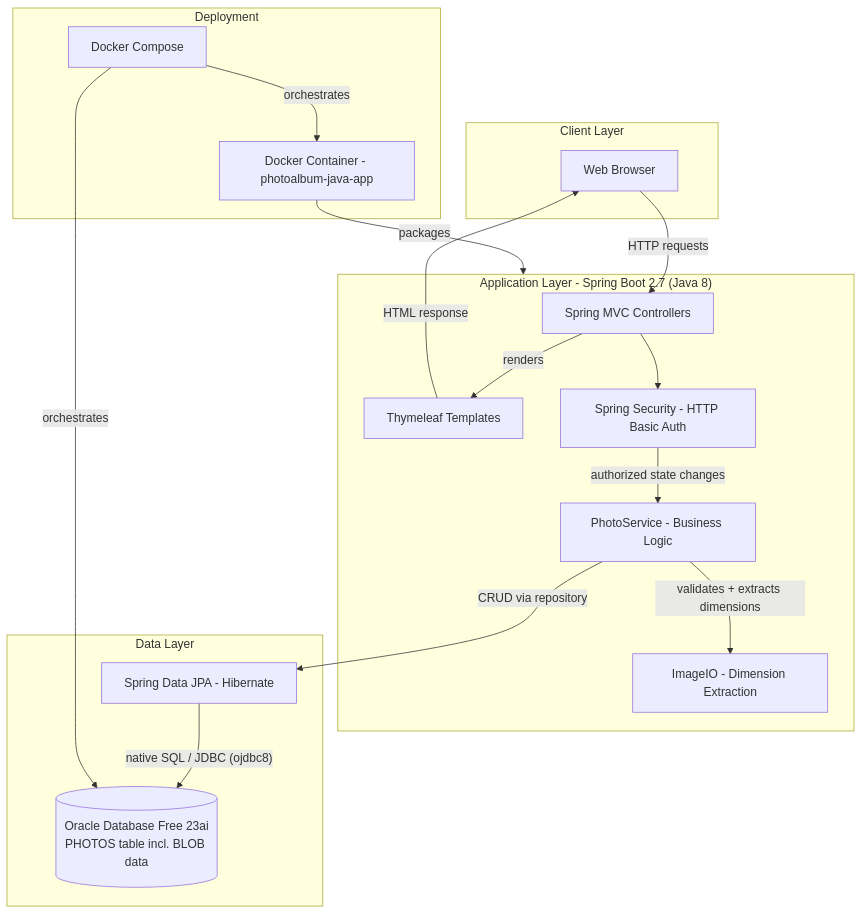
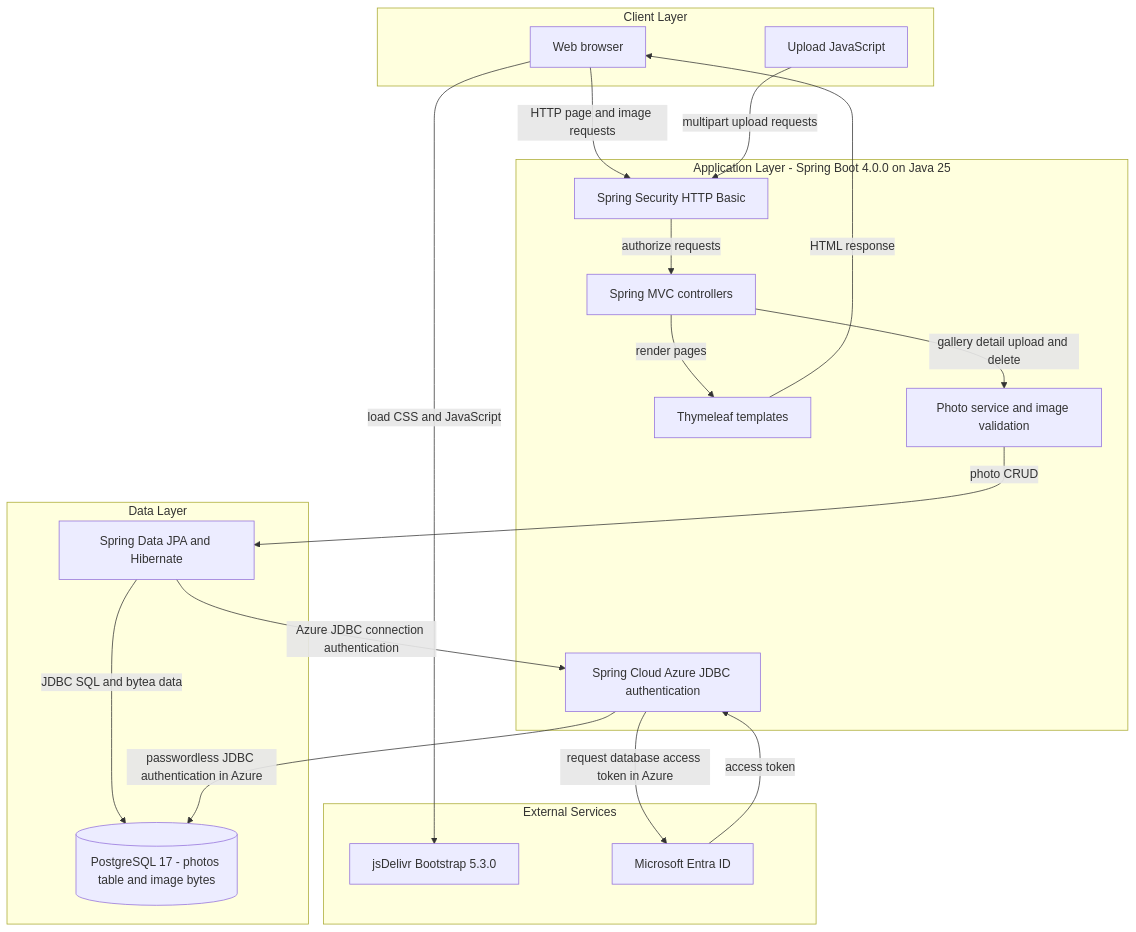
The first of 2 diagrams in .github/modernize/assessment/engines/facts/architecture-diagram.md (sofiedelaet001/PhotoAlbum-Java), drawn with Mermaid before and after one commit. The commit also changed other lines of this file and 23 other files, not shown here.

Commit message:
Migrate PhotoAlbum to PostgreSQL

````diff
--- a/.github/modernize/assessment/engines/facts/architecture-diagram.md
+++ b/.github/modernize/assessment/engines/facts/architecture-diagram.md
@@ -7,31 +7,36 @@
 ```mermaid
 flowchart TD
-    subgraph Client["Client Layer"]
-        Browser["Web Browser"]
+    subgraph AClient["Client Layer"]
+        ABrowser["Web browser"]
+        AJs["Upload JavaScript"]
     end
-    subgraph App["Application Layer - Spring Boot 2.7 (Java 8)"]
-        Web["Spring MVC Controllers"]
-        Thymeleaf["Thymeleaf Templates"]
-        Security["Spring Security - HTTP Basic Auth"]
-        Service["PhotoService - Business Logic"]
-        ImageIO["ImageIO - Dimension Extraction"]
+    subgraph AApp["Application Layer - Spring Boot 4.0.0 on Java 25"]
+        ASecurity["Spring Security HTTP Basic"]
+        AWeb["Spring MVC controllers"]
+        AViews["Thymeleaf templates"]
+        AService["Photo service and image validation"]
+        AAzure["Spring Cloud Azure JDBC authentication"]
     end
-    subgraph Data["Data Layer"]
-        JPA["Spring Data JPA - Hibernate"]
-        DB[("Oracle Database Free 23ai\nPHOTOS table incl. BLOB data")]
+    subgraph AData["Data Layer"]
+        AJpa["Spring Data JPA and Hibernate"]
+        APostgres[("PostgreSQL 17 - photos table and image bytes")]
     end
-    subgraph Infra["Deployment"]
-        Docker["Docker Container - photoalbum-java-app"]
-        Compose["Docker Compose"]
+    subgraph AExternal["External Services"]
+        AAssets["jsDelivr Bootstrap 5.3.0"]
+        AIdentity["Microsoft Entra ID"]
     end
 
-    Browser -->|"HTTP requests"| Web
-    Web -->|"renders"| Thymeleaf -->|"HTML response"| Browser
-    Web --> Security -->|"authorized state changes"| Service
-    Service -->|"validates + extracts dimensions"| ImageIO
-    Service -->|"CRUD via repository"| JPA
-    JPA -->|"native SQL / JDBC (ojdbc8)"| DB
-    Docker -->|"packages"| App
-    Compose -->|"orchestrates"| Docker
-    Compose -->|"orchestrates"| DB
+    ABrowser -->|"HTTP page and image requests"| ASecurity
+    AJs -->|"multipart upload requests"| ASecurity
+    ASecurity -->|"authorize requests"| AWeb
+    AWeb -->|"render pages"| AViews
+    AViews -->|"HTML response"| ABrowser
+    ABrowser -->|"load CSS and JavaScript"| AAssets
+    AWeb -->|"gallery detail upload and delete"| AService
+    AService -->|"photo CRUD"| AJpa
+    AJpa -->|"JDBC SQL and bytea data"| APostgres
+    AJpa -->|"Azure JDBC connection authentication"| AAzure
+    AAzure -->|"request database access token in Azure"| AIdentity
+    AIdentity -->|"access token"| AAzure
+    AAzure -->|"passwordless JDBC authentication in Azure"| APostgres
 ```
````
